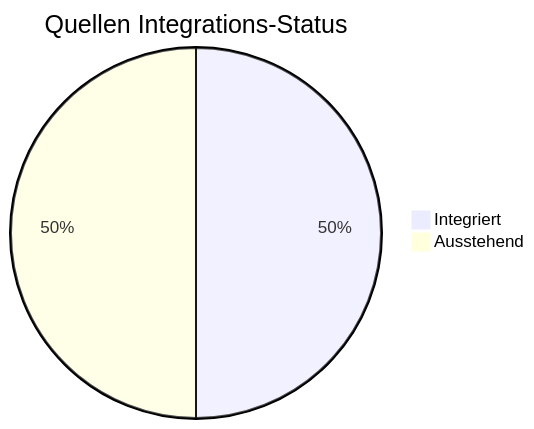
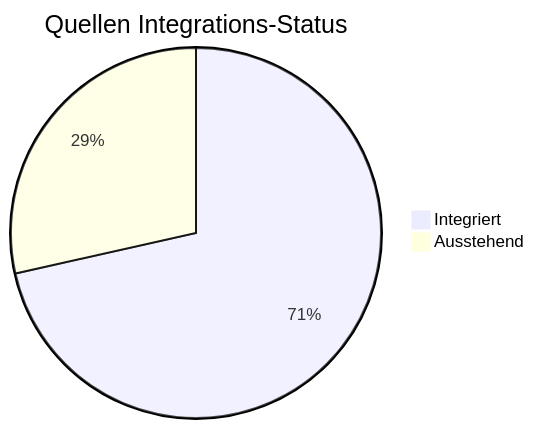
Before and after one commit to Siebenwind/7w_wiki: the first of 4 diagrams in Siebenwind_Wiki/10_Archiv/Wiki_Statistiken.md, drawn with Mermaid. The commit also changed other lines of this file and 121 other files, not shown here.

````diff
--- a/Siebenwind_Wiki/10_Archiv/Wiki_Statistiken.md
+++ b/Siebenwind_Wiki/10_Archiv/Wiki_Statistiken.md
@@ -24,5 +24,5 @@
 ```mermaid
 pie title Quellen Integrations-Status
-    "Integriert" : 121
-    "Ausstehend" : 121
+    "Integriert" : 173
+    "Ausstehend" : 69
 ```
````
